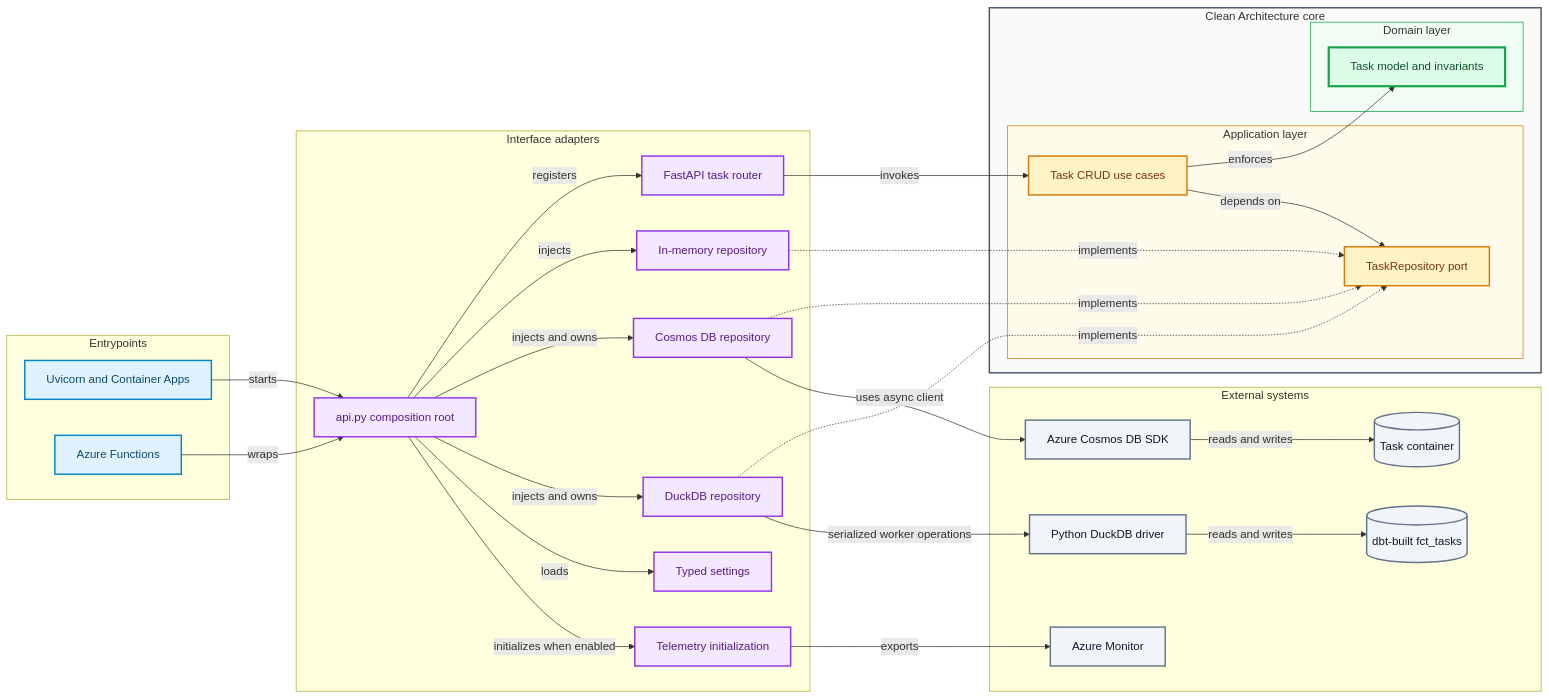
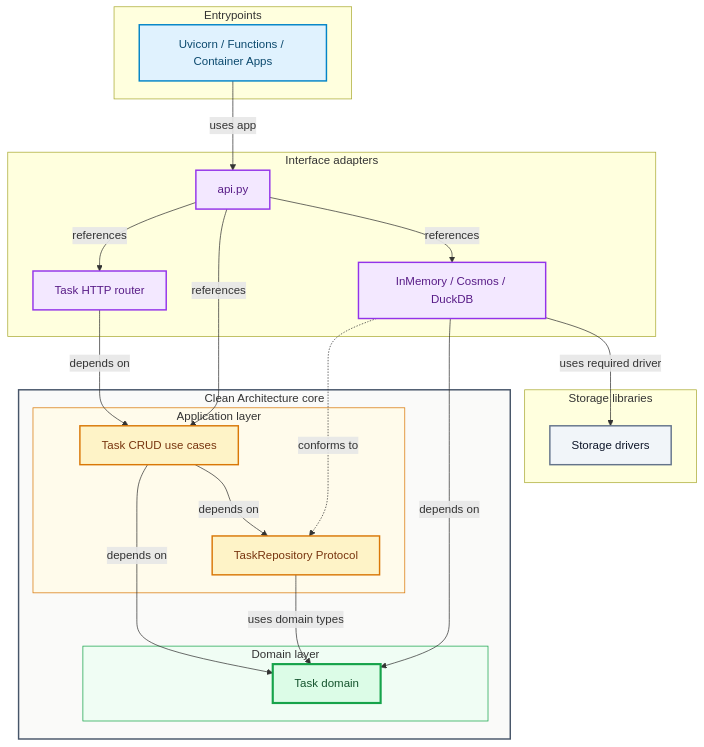
Before and after one commit to ks6088ts-labs/template-azure-python: the first of 3 diagrams in docs/architecture/index.md, drawn with Mermaid. The commit also changed other lines of this file and 9 other files, not shown here.

First line of the commit message:
Enhance documentation for DuckDB and Cosmos integration

````diff
--- a/docs/architecture/index.md
+++ b/docs/architecture/index.md
@@ -35,69 +42,49 @@
 ```mermaid
-flowchart LR
+flowchart TD
     subgraph ApiEntrypoints["Entrypoints"]
-        launcher["Uvicorn and Container Apps"]
-        functions["Azure Functions"]
+        entry["Uvicorn / Functions / Container Apps"]
     end
-
     subgraph ApiOuter["Interface adapters"]
-        api["api.py composition root"]
-        http["FastAPI task router"]
-        memory["In-memory repository"]
-        cosmos["Cosmos DB repository"]
-        duck["DuckDB repository"]
-        telemetry["Telemetry initialization"]
-        settings["Typed settings"]
+        api["api.py"]
+        http["Task HTTP router"]
+        repos["InMemory / Cosmos / DuckDB"]
     end
-
     subgraph ApiCore["Clean Architecture core"]
         subgraph ApiApplication["Application layer"]
             usecases["Task CRUD use cases"]
-            port["TaskRepository port"]
+            port["TaskRepository Protocol"]
         end
         subgraph ApiDomain["Domain layer"]
-            domain["Task model and invariants"]
+            domain["Task domain"]
         end
     end
-
-    subgraph ApiExternal["External systems"]
-        cosmossdk["Azure Cosmos DB SDK"]
-        data[("Task container")]
-        duckdriver["Python DuckDB driver"]
-        duckdata[("dbt-built fct_tasks")]
-        monitor["Azure Monitor"]
+    subgraph ApiExternal["Storage libraries"]
+        drivers["Storage drivers"]
     end
 
-    launcher -->|"starts"| api
-    functions -->|"wraps"| api
-    api -->|"registers"| http
-    http -->|"invokes"| usecases
-    usecases -->|"enforces"| domain
+    entry -->|"uses app"| api
+    api -->|"references"| http
+    api -->|"references"| usecases
+    api -->|"references"| repos
+    http -->|"depends on"| usecases
+    usecases -->|"depends on"| domain
     usecases -->|"depends on"| port
-    api -->|"injects"| memory
-    api -->|"injects and owns"| cosmos
-    api -->|"injects and owns"| duck
-    memory -.->|"implements"| port
-    cosmos -.->|"implements"| port
-    duck -.->|"implements"| port
-    cosmos -->|"uses async client"| cosmossdk
-    cosmossdk -->|"reads and writes"| data
-    duck -->|"serialized worker operations"| duckdriver
-    duckdriver -->|"reads and writes"| duckdata
-    api -->|"loads"| settings
-    api -->|"initializes when enabled"| telemetry
-    telemetry -->|"exports"| monitor
+    port -->|"uses domain types"| domain
+    repos -.->|"conforms to"| port
+    repos -->|"depends on"| domain
+    repos -->|"uses required driver"| drivers
 
     classDef entry fill:#E0F2FE,stroke:#0284C7,color:#0C4A6E,stroke-width:2px
     classDef adapter fill:#F3E8FF,stroke:#9333EA,color:#581C87,stroke-width:2px
     classDef application fill:#FEF3C7,stroke:#D97706,color:#78350F,stroke-width:2px
     classDef domain fill:#DCFCE7,stroke:#16A34A,color:#14532D,stroke-width:3px
     classDef external fill:#F1F5F9,stroke:#64748B,color:#0F172A,stroke-width:2px
-    class launcher,functions entry
-    class api,http,memory,cosmos,duck,telemetry,settings adapter
+    class entry entry
+    class api,http,repos adapter
     class usecases,port application
     class domain domain
-    class cosmossdk,data,duckdriver,duckdata,monitor external
+    class drivers external
     style ApiCore fill:#FAFAF9,stroke:#475569,stroke-width:2px
     style ApiApplication fill:#FFFBEB,stroke:#D97706,stroke-width:1px
     style ApiDomain fill:#F0FDF4,stroke:#16A34A,stroke-width:1px
 ```
````
